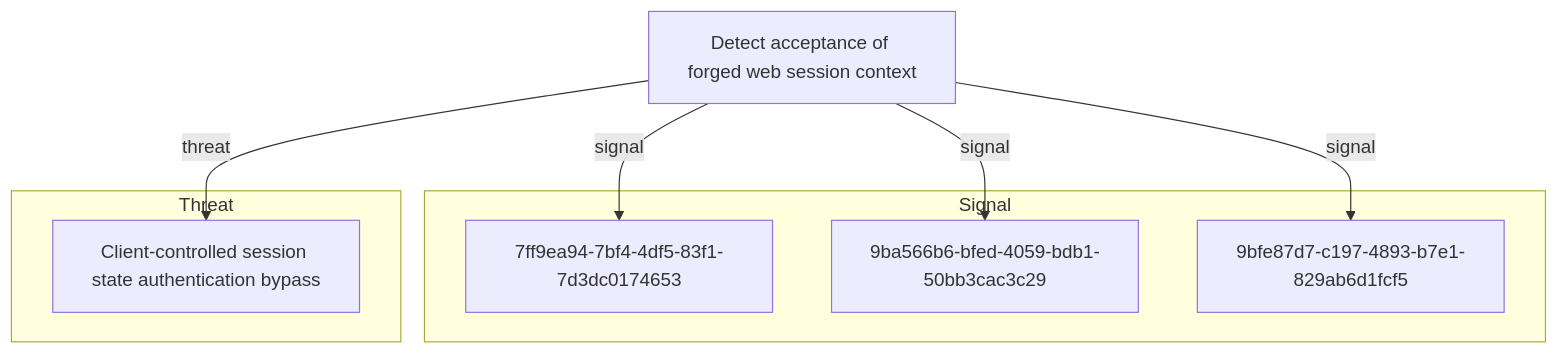
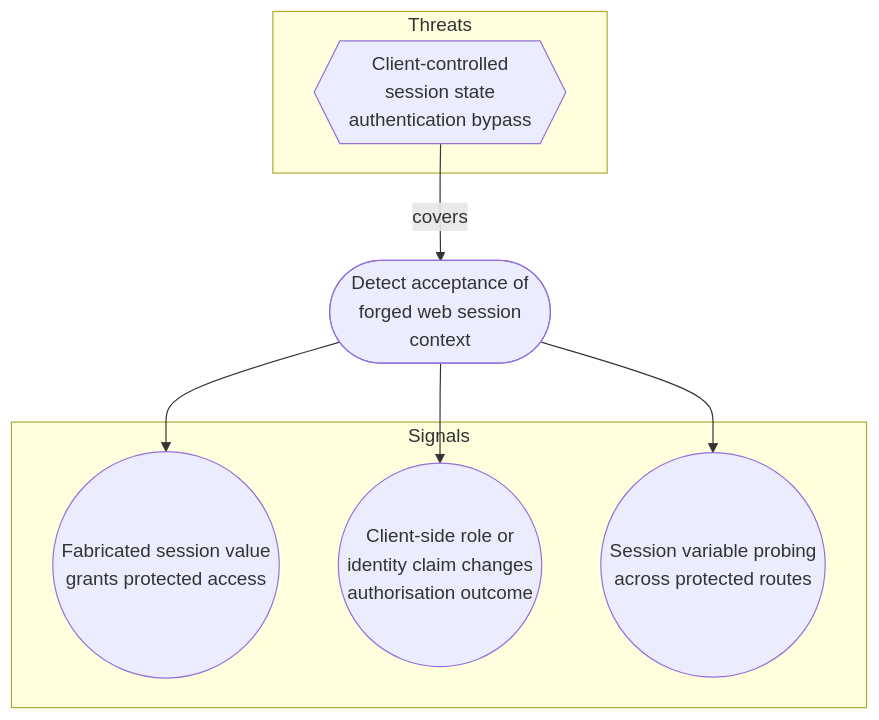
The diagram in docs/objectives/detect-acceptance-of-forged-web-session-context.md (opentidehq/library), drawn with Mermaid before and after one commit. The commit also changed other lines of this file and 540 other files, not shown here.

````diff
--- a/docs/objectives/detect-acceptance-of-forged-web-session-context.md
+++ b/docs/objectives/detect-acceptance-of-forged-web-session-context.md
@@ -108,16 +109,16 @@
 ```mermaid
 flowchart TB
-subgraph "Signal"
-7ff9ea94_7bf4_4df5_83f1_7d3dc0174653["7ff9ea94-7bf4-4df5-83f1-7d3dc0174653"]
-9ba566b6_bfed_4059_bdb1_50bb3cac3c29["9ba566b6-bfed-4059-bdb1-50bb3cac3c29"]
-9bfe87d7_c197_4893_b7e1_829ab6d1fcf5["9bfe87d7-c197-4893-b7e1-829ab6d1fcf5"]
+subgraph "Threats"
+38adba1e_0961_4417_bd84_33fa9c42439f{{"Client-controlled<br>session state<br>authentication bypass"}}
 end
-subgraph "Threat"
-38adba1e_0961_4417_bd84_33fa9c42439f["Client-controlled session state authentication bypass"]
+subgraph "Signals"
+9ba566b6_bfed_4059_bdb1_50bb3cac3c29(("Fabricated session value<br>grants protected access"))
+9bfe87d7_c197_4893_b7e1_829ab6d1fcf5(("Client-side role or<br>identity claim changes<br>authorisation outcome"))
+7ff9ea94_7bf4_4df5_83f1_7d3dc0174653(("Session variable probing<br>across protected routes"))
 end
-d4c509d7_f9ab_452a_a91d_4da040095414["Detect acceptance of forged web session context"]
-d4c509d7_f9ab_452a_a91d_4da040095414 -->|signal| 7ff9ea94_7bf4_4df5_83f1_7d3dc0174653
-d4c509d7_f9ab_452a_a91d_4da040095414 -->|signal| 9ba566b6_bfed_4059_bdb1_50bb3cac3c29
-d4c509d7_f9ab_452a_a91d_4da040095414 -->|signal| 9bfe87d7_c197_4893_b7e1_829ab6d1fcf5
-d4c509d7_f9ab_452a_a91d_4da040095414 -->|threat| 38adba1e_0961_4417_bd84_33fa9c42439f
+d4c509d7_f9ab_452a_a91d_4da040095414(["Detect acceptance of<br>forged web session<br>context"])
+38adba1e_0961_4417_bd84_33fa9c42439f -->|covers| d4c509d7_f9ab_452a_a91d_4da040095414
+d4c509d7_f9ab_452a_a91d_4da040095414 --> 9ba566b6_bfed_4059_bdb1_50bb3cac3c29
+d4c509d7_f9ab_452a_a91d_4da040095414 --> 9bfe87d7_c197_4893_b7e1_829ab6d1fcf5
+d4c509d7_f9ab_452a_a91d_4da040095414 --> 7ff9ea94_7bf4_4df5_83f1_7d3dc0174653
 ```
````
